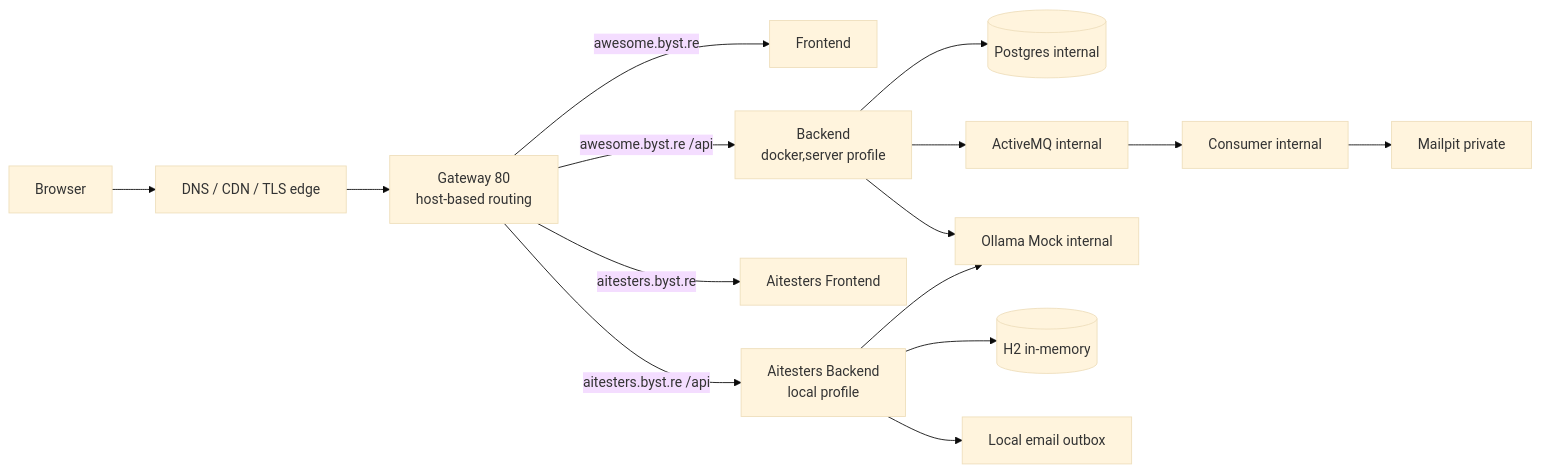
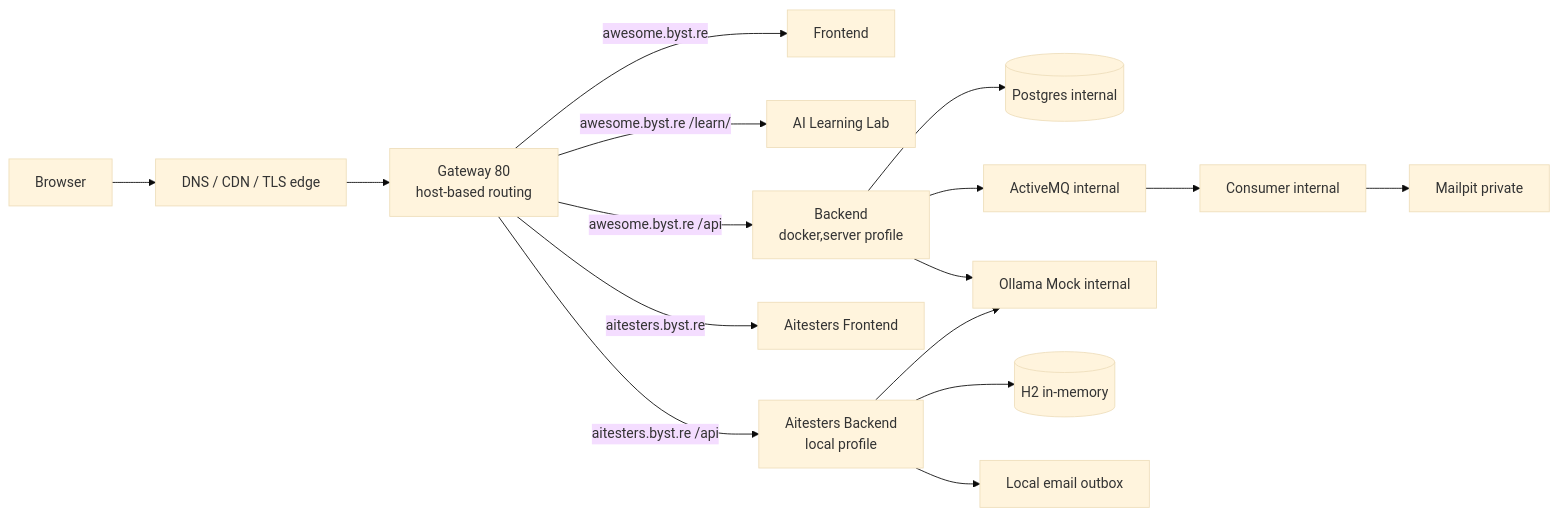
One commit to slawekradzyminski/awesome-localstack changed the third of 3 diagrams in docs/PROFILE_URLS.md. Above: the diagram before and after it, drawn with Mermaid (base theme). The commit also changed other lines of this file and 27 other files, not shown here.

First line of the commit message:
Integrate standalone AI Learning Lab release (#16)

````diff
--- a/docs/PROFILE_URLS.md
+++ b/docs/PROFILE_URLS.md
@@ -66,19 +69,20 @@
 ```mermaid
 flowchart LR
     U[Browser] --> CF[DNS / CDN / TLS edge]
     CF --> G[Gateway 80<br/>host-based routing]
 
     G -->|awesome.byst.re| F[Frontend]
+    G -->|awesome.byst.re /learn/| L[AI Learning Lab]
     G -->|awesome.byst.re /api| B[Backend<br/>docker,server profile]
     B --> DB[(Postgres internal)]
     B --> MQ[ActiveMQ internal]
     MQ --> C[Consumer internal]
     C --> MH[Mailpit private]
     B --> O[Ollama Mock internal]
 
     G -->|aitesters.byst.re| AF[Aitesters Frontend]
     G -->|aitesters.byst.re /api| AB[Aitesters Backend<br/>local profile]
     AB --> H2[(H2 in-memory)]
     AB --> LO[Local email outbox]
     AB --> O
 ```
````
